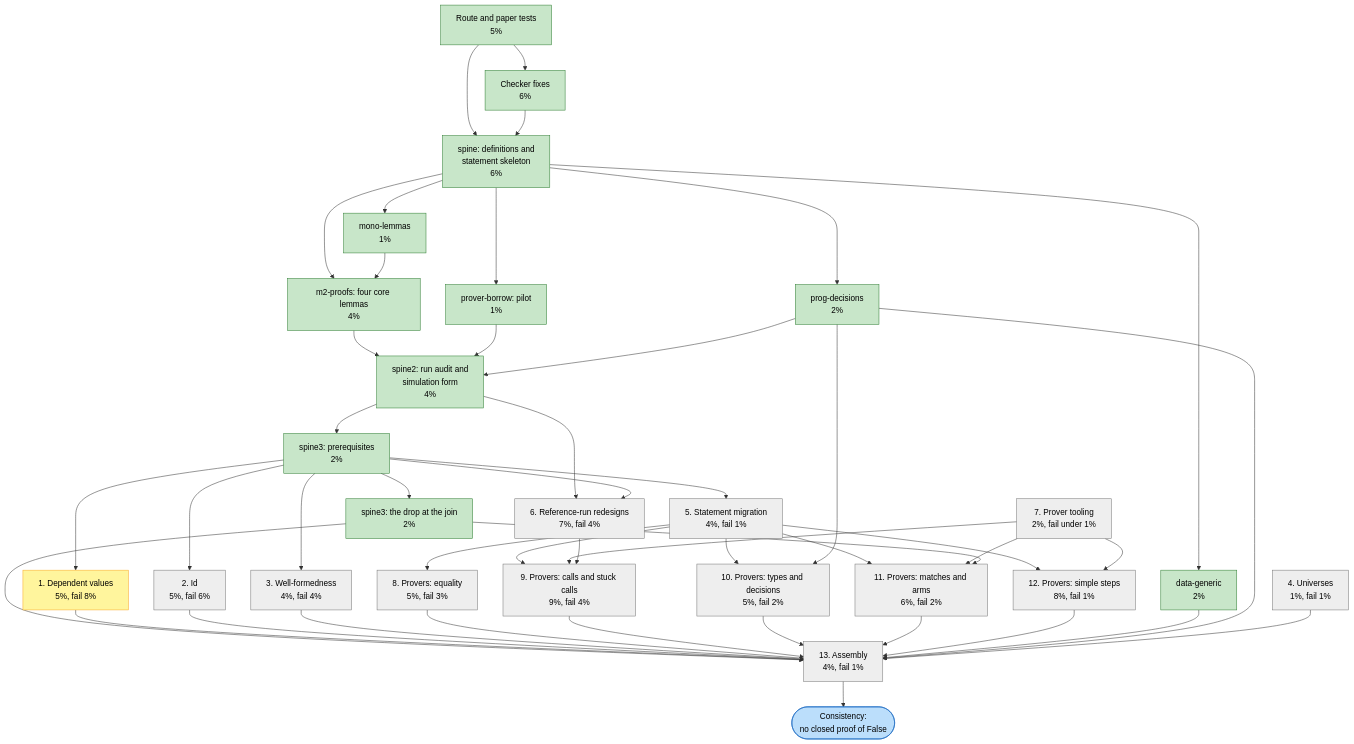
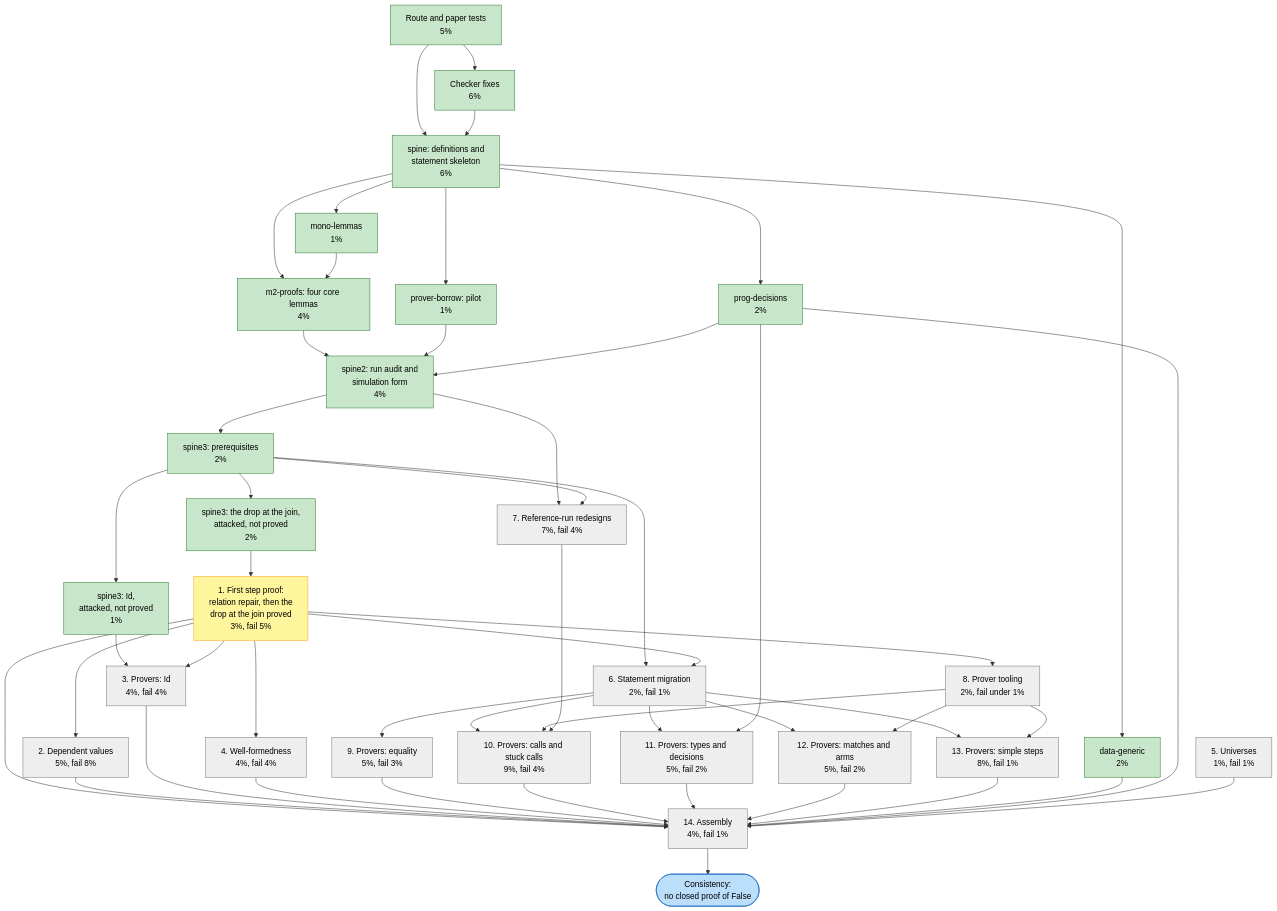
Before and after one commit to charlielidbury/ochre: the diagram in ochr/docs/32-consistency-work-units.md, drawn with Mermaid. The commit also changed other lines of this file, not shown here.

Commit message:
ochr/docs/32: correction: the join drop and Id were attacked, not proved; the first step proof is next
The last revision said of the drop at the join that "the step holds".
That overstated it. spine3 attacked the statement from a related state,
fixed the faults the attack found and restated it; the statement is
still sorry, as are all 78 step statements. The same is true of Id's
observation (spine bb2e5978), which found one model fault and three
statement faults. Both rows now say "attacked, not a proof".

The to-do table gains a first unit: repair the simulation relation
(docs/31 D25) and then prove the drop at the join end to end. No step
has been proved in the simulation form, and the earlier pilot under the
old form closed nothing, so this is the most central open risk. The
proofs of Id's statements return to the to-do table, and the migration
row is reduced to what is left (36% done, 64% to do).

Claude-Session: https://claude.ai/code/session_01JC2Am19pNxk9cVF1D1aZLn

```diff
--- a/ochr/docs/32-consistency-work-units.md
+++ b/ochr/docs/32-consistency-work-units.md
@@ -77,22 +81,25 @@
 
     spine3a["spine3: prerequisites<br/>2%"]:::done
 
-    joinDrop["spine3: the drop at the join<br/>2%"]:::done
-    dep["1. Dependent values<br/>5%, fail 8%"]:::running
-    idn["2. Id<br/>5%, fail 6%"]:::todo
-    wf["3. Well-formedness<br/>4%, fail 4%"]:::todo
-    universes["4. Universes<br/>1%, fail 1%"]:::todo
-    migrate["5. Statement migration<br/>4%, fail 1%"]:::todo
-    redesign["6. Reference-run redesigns<br/>7%, fail 4%"]:::todo
-    tooling["7. Prover tooling<br/>2%, fail under 1%"]:::todo
+    joinDrop["spine3: the drop at the join,<br/>attacked, not proved<br/>2%"]:::done
+    idAtk["spine3: Id,<br/>attacked, not proved<br/>1%"]:::done
 
-    pEq["8. Provers: equality<br/>5%, fail 3%"]:::todo
-    pCalls["9. Provers: calls and stuck calls<br/>9%, fail 4%"]:::todo
-    pTypes["10. Provers: types and decisions<br/>5%, fail 2%"]:::todo
-    pMatch["11. Provers: matches and arms<br/>6%, fail 2%"]:::todo
-    pSimple["12. Provers: simple steps<br/>8%, fail 1%"]:::todo
+    pilot["1. First step proof:<br/>relation repair, then the<br/>drop at the join proved<br/>3%, fail 5%"]:::running
+    dep["2. Dependent values<br/>5%, fail 8%"]:::todo
+    idn["3. Provers: Id<br/>4%, fail 4%"]:::todo
+    wf["4. Well-formedness<br/>4%, fail 4%"]:::todo
+    universes["5. Universes<br/>1%, fail 1%"]:::todo
+    migrate["6. Statement migration<br/>2%, fail 1%"]:::todo
+    redesign["7. Reference-run redesigns<br/>7%, fail 4%"]:::todo
+    tooling["8. Prover tooling<br/>2%, fail under 1%"]:::todo
 
-    assembly["13. Assembly<br/>4%, fail 1%"]:::todo
+    pEq["9. Provers: equality<br/>5%, fail 3%"]:::todo
+    pCalls["10. Provers: calls and stuck calls<br/>9%, fail 4%"]:::todo
+    pTypes["11. Provers: types and decisions<br/>5%, fail 2%"]:::todo
+    pMatch["12. Provers: matches and arms<br/>5%, fail 2%"]:::todo
+    pSimple["13. Provers: simple steps<br/>8%, fail 1%"]:::todo
+
+    assembly["14. Assembly<br/>4%, fail 1%"]:::todo
     goal(["Consistency:<br/>no closed proof of False"]):::goal
 
     tests --> fixes
@@ -111,11 +118,17 @@
     spine2 --> spine3a
     spine2 --> redesign
     spine3a --> joinDrop
-    spine3a --> dep
-    spine3a --> idn
-    spine3a --> wf
+    spine3a --> idAtk
     spine3a --> redesign
     spine3a --> migrate
+    joinDrop --> pilot
+    idAtk --> idn
+
+    pilot --> dep
+    pilot --> idn
+    pilot --> wf
+    pilot --> migrate
+    pilot --> tooling
 
     migrate --> pEq
     migrate --> pCalls
@@ -126,10 +139,9 @@
     tooling --> pMatch
     tooling --> pSimple
     redesign --> pCalls
-    joinDrop --> pMatch
     progdec --> pTypes
 
-    joinDrop --> assembly
+    pilot --> assembly
     dep --> assembly
     idn --> assembly
     wf --> assembly
```
